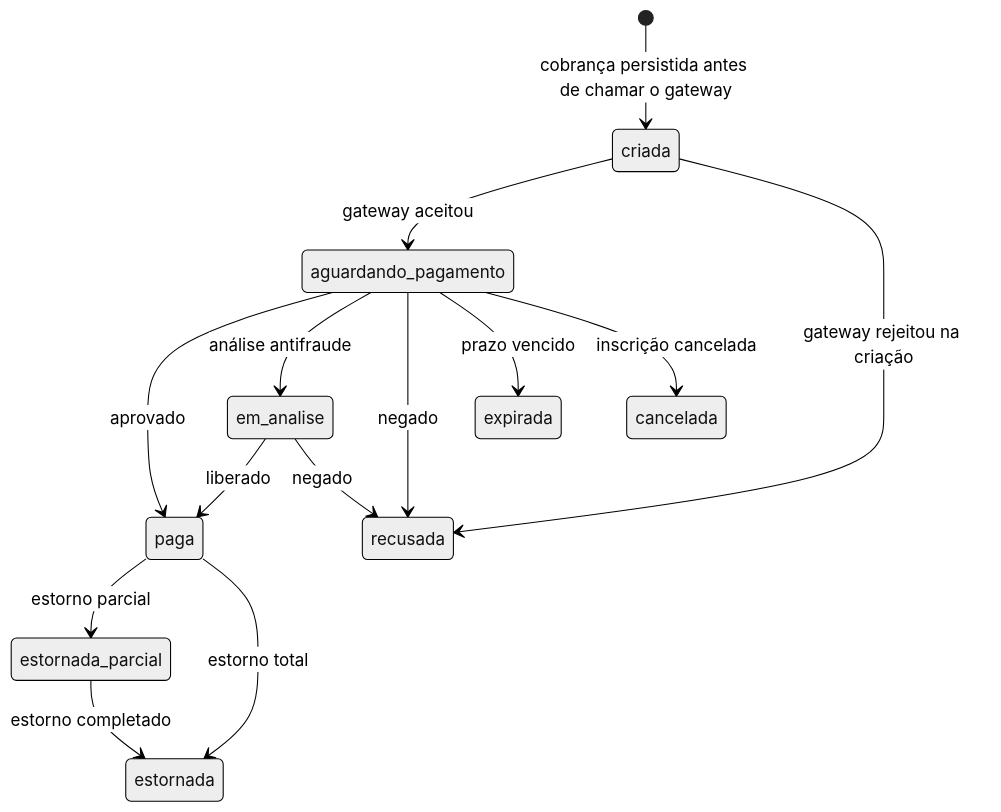
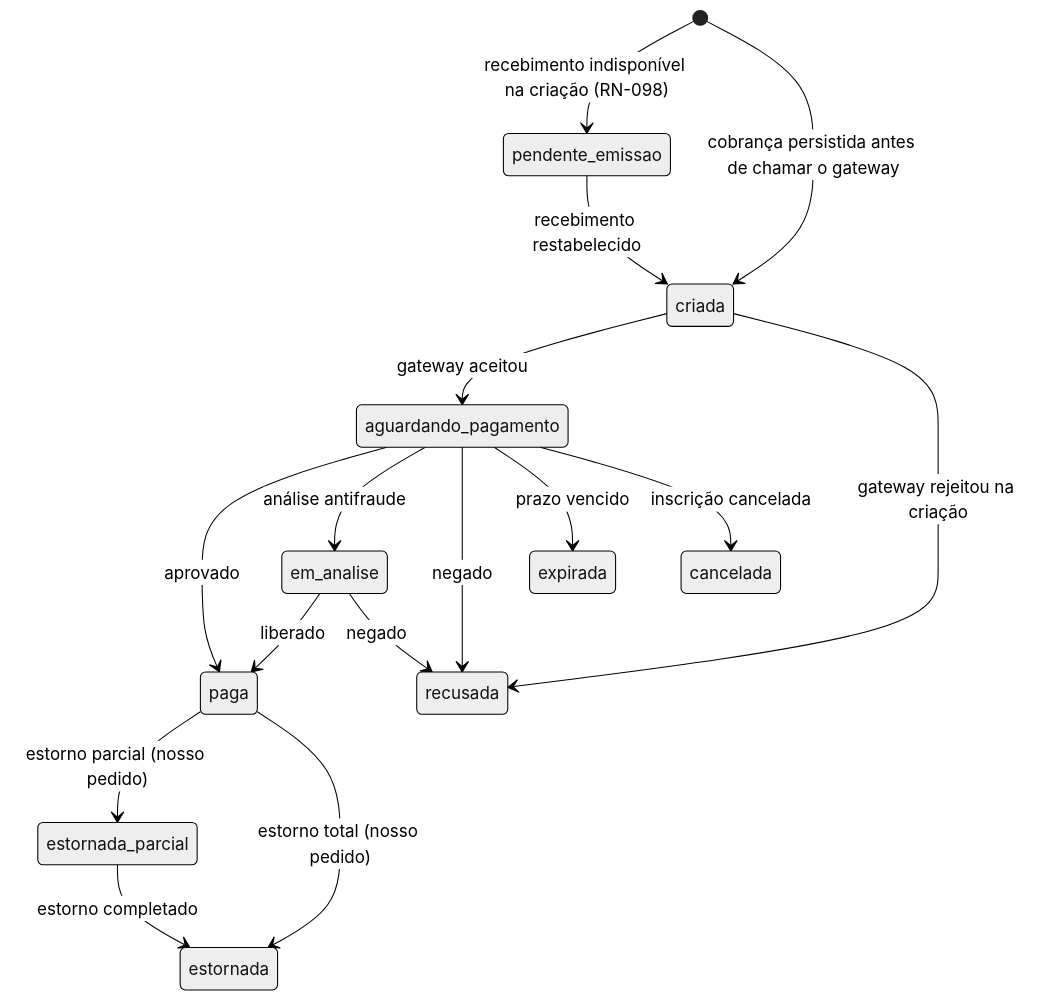
The first of 2 diagrams in specs/fase-1/03-cobranca.md (fergiraldi/retiros-platform), drawn with Mermaid (neutral theme) before and after one commit. The commit also changed other lines of this file and 8 other files, not shown here.

````diff
--- a/specs/fase-1/03-cobranca.md
+++ b/specs/fase-1/03-cobranca.md
@@ -9,16 +9,18 @@
 ```mermaid
 stateDiagram-v2
+    [*] --> pendente_emissao: recebimento indisponível na criação (RN-098)
     [*] --> criada: cobrança persistida antes de chamar o gateway
+    pendente_emissao --> criada: recebimento restabelecido
     criada --> aguardando_pagamento: gateway aceitou
     criada --> recusada: gateway rejeitou na criação
     aguardando_pagamento --> paga: aprovado
     aguardando_pagamento --> em_analise: análise antifraude
     aguardando_pagamento --> recusada: negado
     aguardando_pagamento --> expirada: prazo vencido
     aguardando_pagamento --> cancelada: inscrição cancelada
     em_analise --> paga: liberado
     em_analise --> recusada: negado
-    paga --> estornada_parcial: estorno parcial
-    paga --> estornada: estorno total
+    paga --> estornada_parcial: estorno parcial (nosso pedido)
+    paga --> estornada: estorno total (nosso pedido)
     estornada_parcial --> estornada: estorno completado
 ```
````
